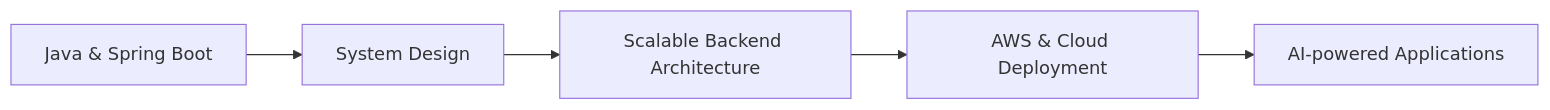
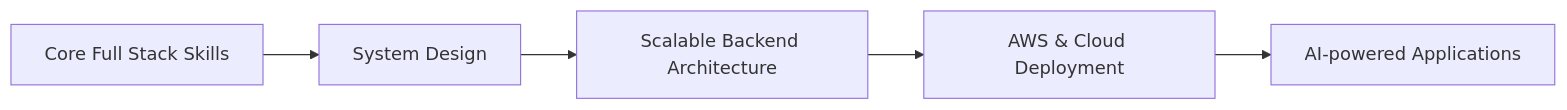
Before and after one commit to AnmolTwari/AnmolTwari: the diagram in README.md, drawn with Mermaid. The commit also changed other lines of this file, not shown here.

````diff
--- a/README.md
+++ b/README.md
@@ -153,7 +133,7 @@
 ```mermaid
 flowchart LR
-    A[Java & Spring Boot] --> B[System Design]
+    A[Core Full Stack Skills] --> B[System Design]
     B --> C[Scalable Backend Architecture]
     C --> D[AWS & Cloud Deployment]
     D --> E[AI-powered Applications]
 ```
````
